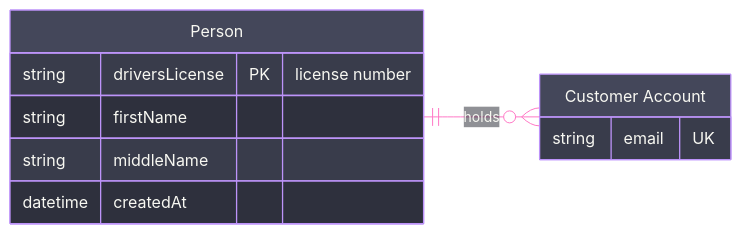
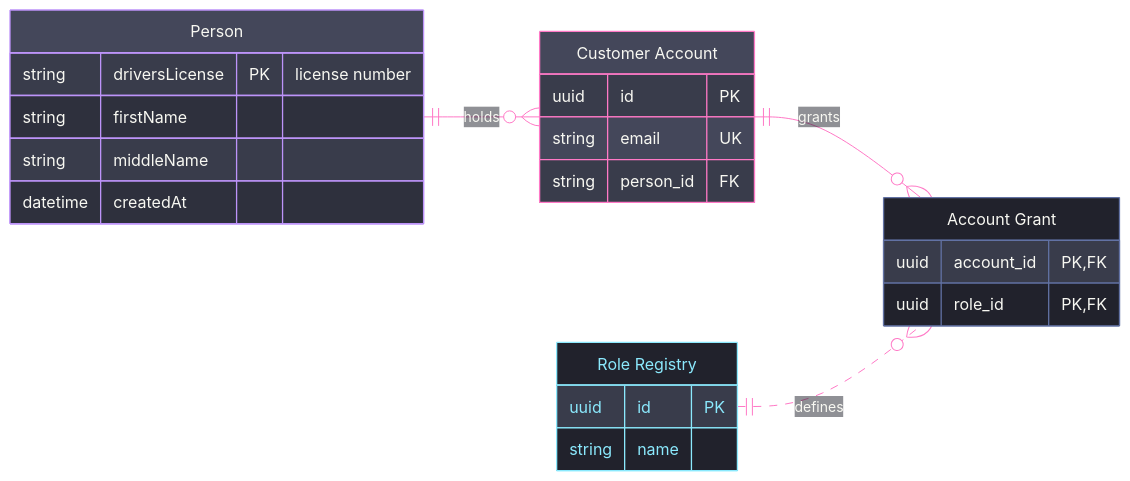
Before and after one commit to bsamiee/Rasm: the fifth of 5 diagrams in .claude/skills/mermaid-diagramming/references/syntax-core.md, drawn with Mermaid. The commit also changed other lines of this file and 56 other files, not shown here.

````diff
--- a/.claude/skills/mermaid-diagramming/references/syntax-core.md
+++ b/.claude/skills/mermaid-diagramming/references/syntax-core.md
@@ -239,39 +297,57 @@
 ```mermaid
 ---
 config:
   theme: base
   look: classic
   themeVariables:
     darkMode: true
     fontFamily: "SF Mono, Menlo, Cascadia Mono, Segoe UI Mono, Consolas, monospace"
     useGradient: false
     dropShadow: "none"
     background: "#282A36"
     primaryColor: "#44475A"
     primaryTextColor: "#F8F8F2"
     primaryBorderColor: "#BD93F9"
     tertiaryColor: "#21222C"
     mainBkg: "#44475A"
     nodeBorder: "#BD93F9"
     lineColor: "#FF79C6"
     textColor: "#F8F8F2"
     edgeLabelBackground: "#21222C"
     attributeBackgroundColorOdd: "#282A36"
     attributeBackgroundColorEven: "#21222C"
   themeCSS: ".nodeLabel{font-size:12px}.name .nodeLabel{font-size:13px;font-weight:600}.edgeLabel .nodeLabel{font-size:12px;font-weight:500}.relationshipLine{stroke-width:2px}.edge-pattern-dashed{stroke-width:1.5px;stroke-dasharray:6 6}.marker path,.marker circle{transform:scale(.8);transform-origin:5px 5px}.marker circle{fill:#282A36}.node rect,.node path{stroke-width:1.5px;filter:none!important}.er.entityBox{filter:none}"
 ---
 erDiagram
     accTitle: ER attribute grammar demo
-    accDescr: A person holding customer accounts with keyed and commented attributes.
+    accDescr: A person holding customer accounts whose grants resolve through a junction onto an externally owned role registry.
     direction LR
     p["Person"] {
         string driversLicense PK "license number"
         string firstName
         string middleName
         datetime createdAt
     }
     a["Customer Account"] {
+        uuid id PK
         string email UK
+        string person_id FK
+    }
+    g["Account Grant"] {
+        uuid account_id PK, FK
+        uuid role_id PK, FK
+    }
+    r["Role Registry"] {
+        uuid id PK
+        string name
     }
     p only one to zero or more a : holds
+    a ||--o{ g : grants
+    r ||..o{ g : defines
+    classDef primary fill:#44475A,stroke:#FF79C6,color:#F8F8F2
+    classDef recessed fill:#21222C,stroke:#6272A4,color:#F8F8F2
+    classDef external fill:#21222C,stroke:#8BE9FD,color:#8BE9FD
+    class a primary
+    class g recessed
+    class r external
 ```
````
